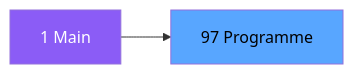
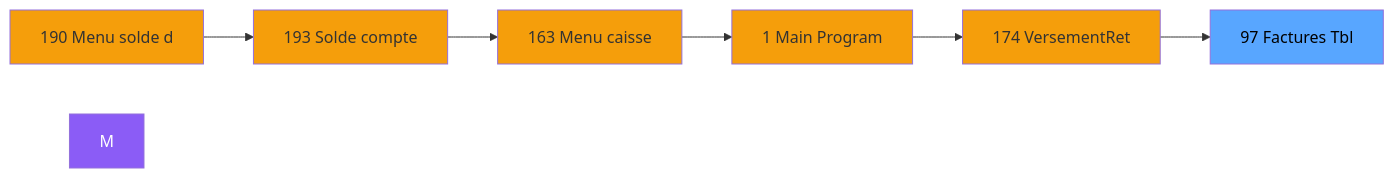
Before and after one commit to thonyAGP/magic-migration: the second of 3 diagrams in .openspec/specs/ADH-IDE-97.md, drawn with Mermaid. The commit also changed other lines of this file and 323 other files, not shown here.

````diff
--- a/.openspec/specs/ADH-IDE-97.md
+++ b/.openspec/specs/ADH-IDE-97.md
@@ -118,8 +144,21 @@
 ```mermaid
 graph LR
-    M[1 Main]
-    T[97 Programme]
-    M --> T
+    N190[190 Menu solde d]
+    N193[193 Solde compte]
+    N163[163 Menu caisse ]
+    N1[1 Main Program]
+    N174[174 VersementRet]
+    T[97 Factures Tbl]
+    N190 --> N193
+    N193 --> N163
+    N163 --> N1
+    N1 --> N174
+    N174 --> T
     style M fill:#8b5cf6,color:#fff
+    style N190 fill:#f59e0b
+    style N193 fill:#f59e0b
+    style N163 fill:#f59e0b
+    style N1 fill:#f59e0b
+    style N174 fill:#f59e0b
     style T fill:#58a6ff,color:#000
 ```
````
